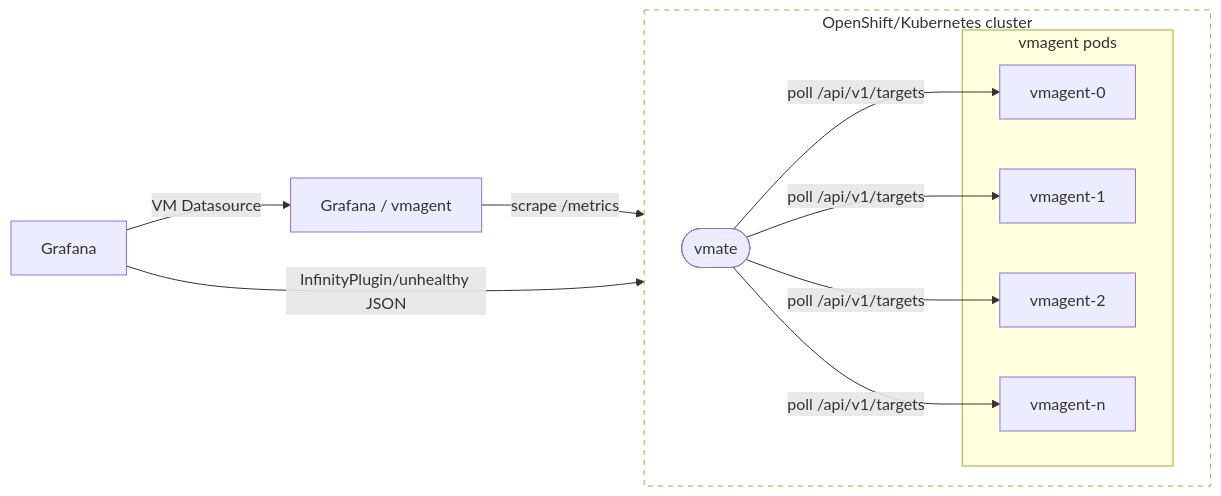
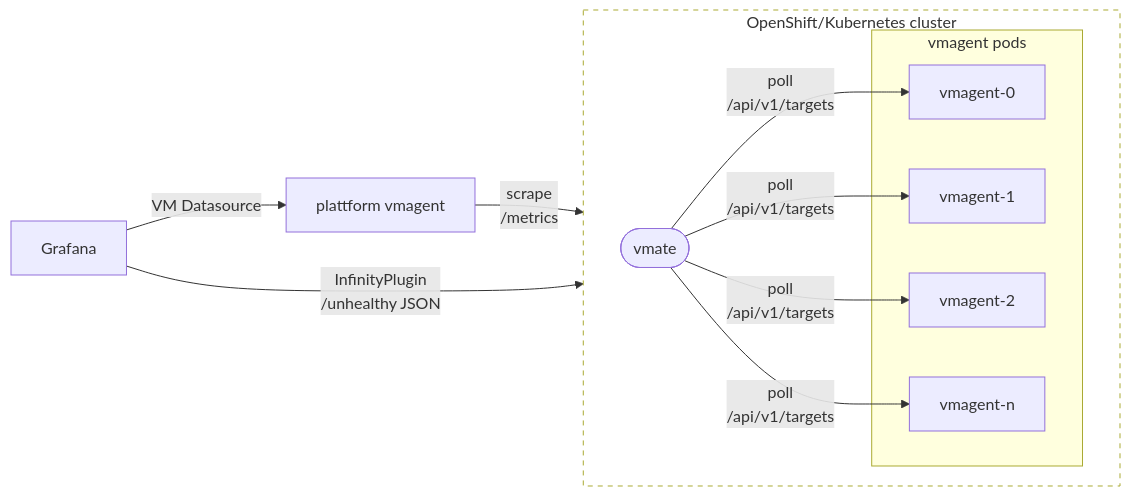
The diagram in README.md (zebbra/vmate), drawn with Mermaid before and after one commit. The commit also changed 1 other file, not shown here.

Commit message:
add gh action

````diff
--- a/README.md
+++ b/README.md
@@ -7,26 +7,26 @@
 ```mermaid
 flowchart LR
     grafana["Grafana"]
-    vm["Grafana / vmagent"]
+    vm["plattform vmagent"]
 
     subgraph k8s["OpenShift/Kubernetes cluster"]
         direction LR
         vmate(["vmate"])
         subgraph agents["vmagent pods"]
             va1["vmagent-0"]
             va2["vmagent-1"]
             va3["vmagent-2"]
             va4["vmagent-n"]
         end
-        vmate -->|"poll /api/v1/targets"| va1
-        vmate -->|"poll /api/v1/targets"| va2
-        vmate -->|"poll /api/v1/targets"| va3
-        vmate -->|"poll /api/v1/targets"| va4
+        vmate -->|"poll\n/api/v1/targets"| va1
+        vmate -->|"poll\n /api/v1/targets"| va2
+        vmate -->|"poll\n /api/v1/targets"| va3
+        vmate -->|"poll\n /api/v1/targets"| va4
     end
 
     grafana -->|"VM Datasource"| vm
-    vm -->|"scrape /metrics"| vmate
-    grafana -->|"InfinityPlugin/unhealthy JSON"| vmate
+    vm -->|"scrape\n /metrics"| vmate
+    grafana -->|"InfinityPlugin \n /unhealthy JSON"| vmate
 
     style k8s stroke-dasharray: 5 5, fill: none
 ```
````
